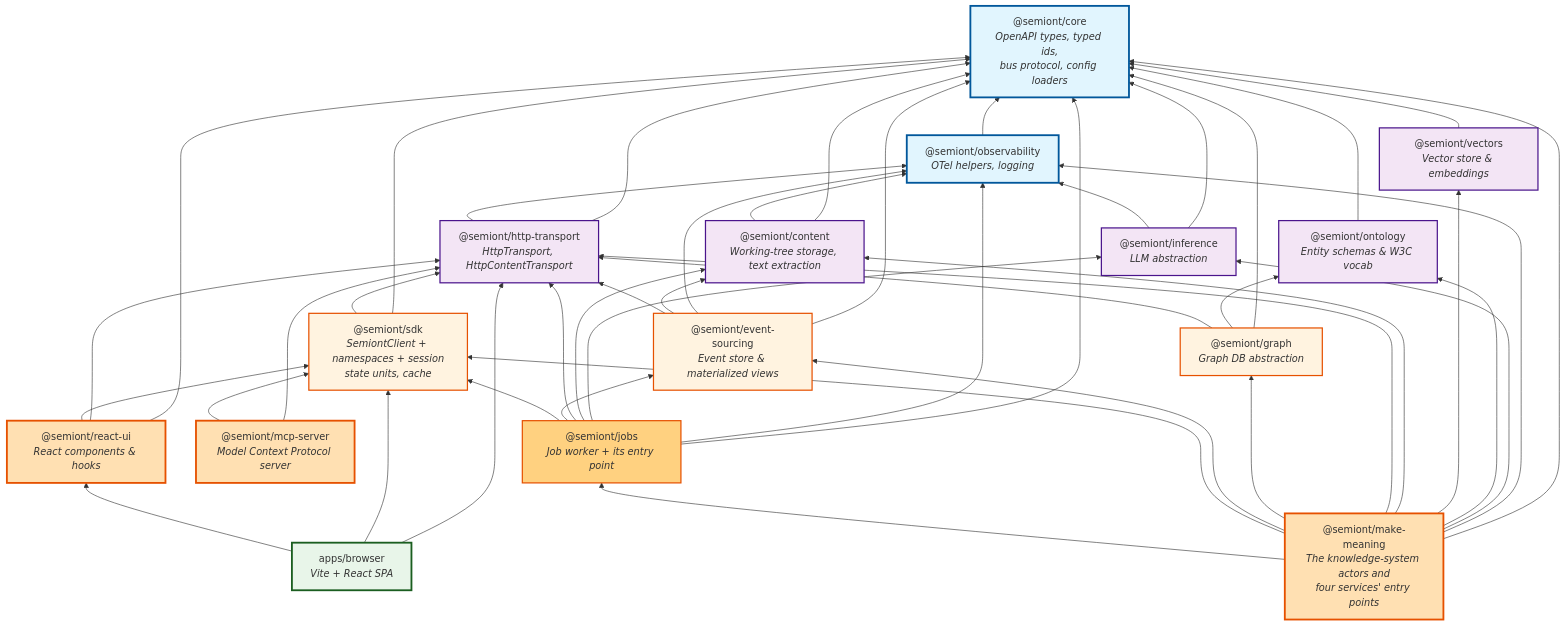
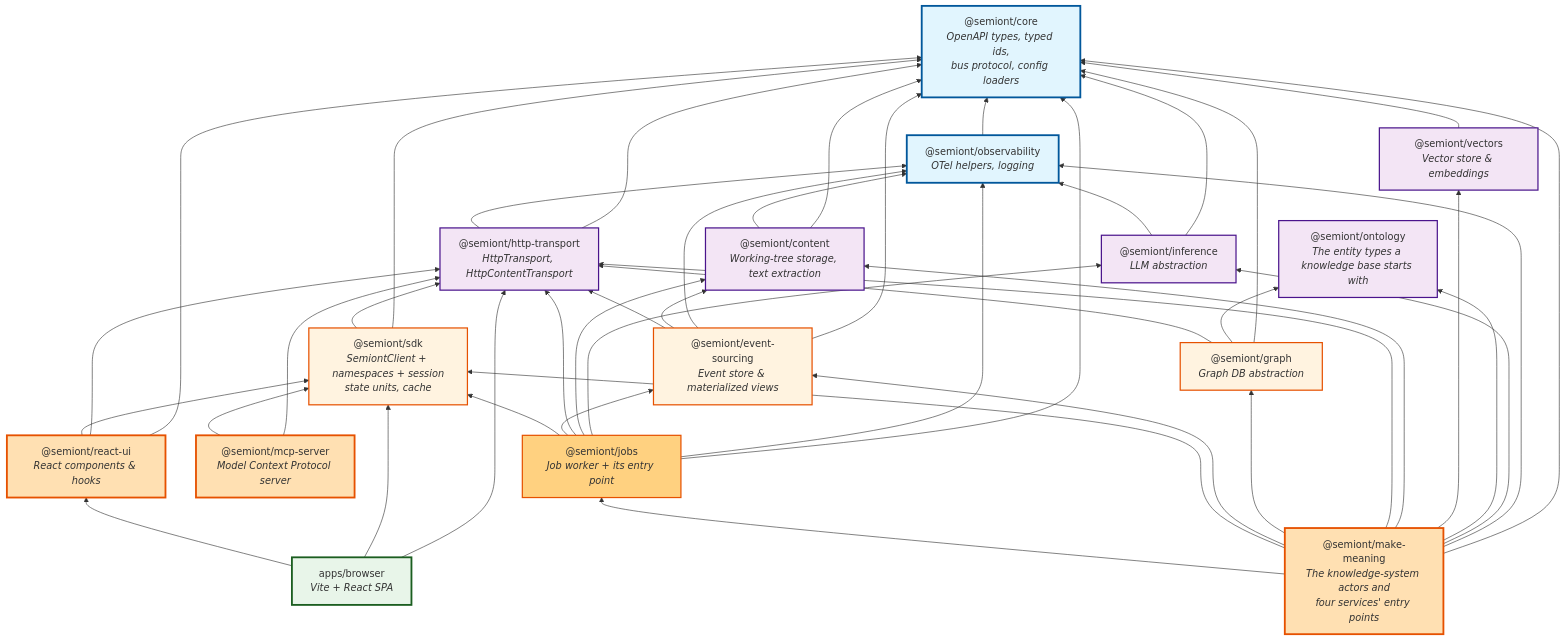
Before and after one commit to The-AI-Alliance/semiont: the first of 2 diagrams in docs/architecture/PACKAGE-ARCHITECTURE.md, drawn with Mermaid. The commit also changed 73 other files, not shown here.

```diff
--- a/docs/architecture/PACKAGE-ARCHITECTURE.md
+++ b/docs/architecture/PACKAGE-ARCHITECTURE.md
@@ -30,7 +30,7 @@
     api["@semiont/http-transport<br/><i>HttpTransport, HttpContentTransport</i>"]
     content["@semiont/content<br/><i>Working-tree storage, text extraction</i>"]
     vectors["@semiont/vectors<br/><i>Vector store & embeddings</i>"]
-    ontology["@semiont/ontology<br/><i>Entity schemas & W3C vocab</i>"]
+    ontology["@semiont/ontology<br/><i>The entity types a knowledge base starts with</i>"]
     inference["@semiont/inference<br/><i>LLM abstraction</i>"]
 
     %% Layer 0: Foundation
@@ -81,7 +81,6 @@
     content --> obs
     content --> core
     vectors --> core
-    ontology --> core
     inference --> obs
     inference --> core
 
```
